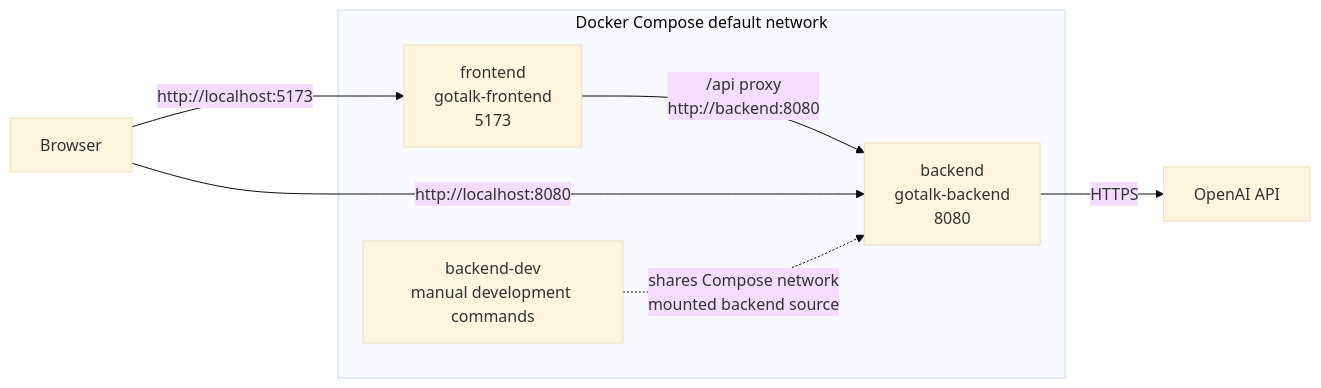
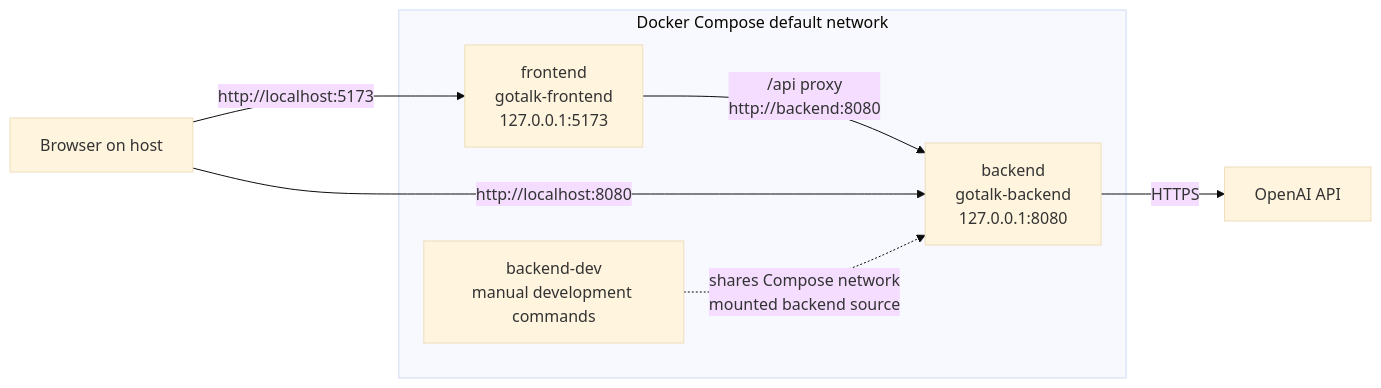
The second of 2 diagrams in docs/docker.md (shin-arita/gotalk), drawn with Mermaid (base theme) before and after one commit. The commit also changed other lines of this file and 6 other files, not shown here.

First line of the commit message:
fix: backend と frontend のポートを 127.0.0.1 だけに公開する (#18)

````diff
--- a/docs/docker.md
+++ b/docs/docker.md
@@ -165,18 +165,18 @@
 ```mermaid
 flowchart LR
-  Browser[Browser]
+  Browser[Browser on host]
 
   subgraph Compose[Docker Compose default network]
-    Frontend[frontend<br/>gotalk-frontend<br/>5173]
-    Backend[backend<br/>gotalk-backend<br/>8080]
+    Frontend[frontend<br/>gotalk-frontend<br/>127.0.0.1:5173]
+    Backend[backend<br/>gotalk-backend<br/>127.0.0.1:8080]
     BackendDev[backend-dev<br/>manual development commands]
   end
 
   OpenAI[OpenAI API]
 
   Browser -->|http://localhost:5173| Frontend
   Frontend -->|/api proxy<br/>http://backend:8080| Backend
   Browser -->|http://localhost:8080| Backend
   Backend -->|HTTPS| OpenAI
   BackendDev -.->|shares Compose network<br/>mounted backend source| Backend
 ```
````
